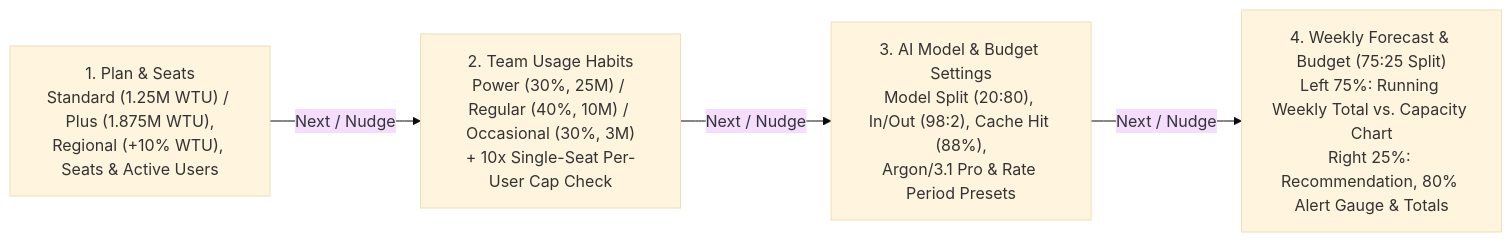
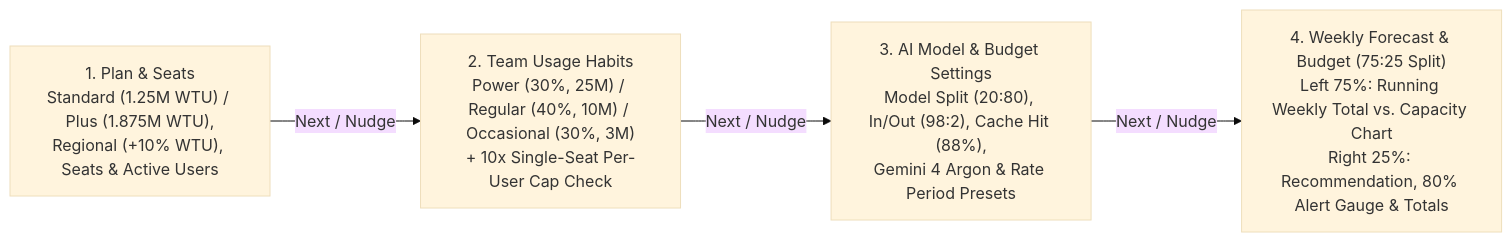
Before and after one commit to mohan-the-octocat/pushpak: the diagram in docs/PRD.md, drawn with Mermaid (base theme). The commit also changed other lines of this file and 4 other files, not shown here.

Commit message:
Remove Gemini 3.1 Pro option completely from Pushpak

````diff
--- a/docs/PRD.md
+++ b/docs/PRD.md
@@ -45,6 +45,6 @@
 ```mermaid
 flowchart LR
   T2["1. Plan & Seats<br/>Standard (1.25M WTU) / Plus (1.875M WTU),<br/>Regional (+10% WTU), Seats & Active Users"] -->|Next / Nudge| T3["2. Team Usage Habits<br/>Power (30%, 25M) / Regular (40%, 10M) / Occasional (30%, 3M)<br/>+ 10x Single-Seat Per-User Cap Check"]
-  T3 -->|Next / Nudge| T4["3. AI Model & Budget Settings<br/>Model Split (20:80), In/Out (98:2), Cache Hit (88%),<br/>Argon/3.1 Pro & Rate Period Presets"]
+  T3 -->|Next / Nudge| T4["3. AI Model & Budget Settings<br/>Model Split (20:80), In/Out (98:2), Cache Hit (88%),<br/>Gemini 4 Argon & Rate Period Presets"]
   T4 -->|Next / Nudge| T1["4. Weekly Forecast & Budget (75:25 Split)<br/>Left 75%: Running Weekly Total vs. Capacity Chart<br/>Right 25%: Recommendation, 80% Alert Gauge & Totals"]
 ```
````
